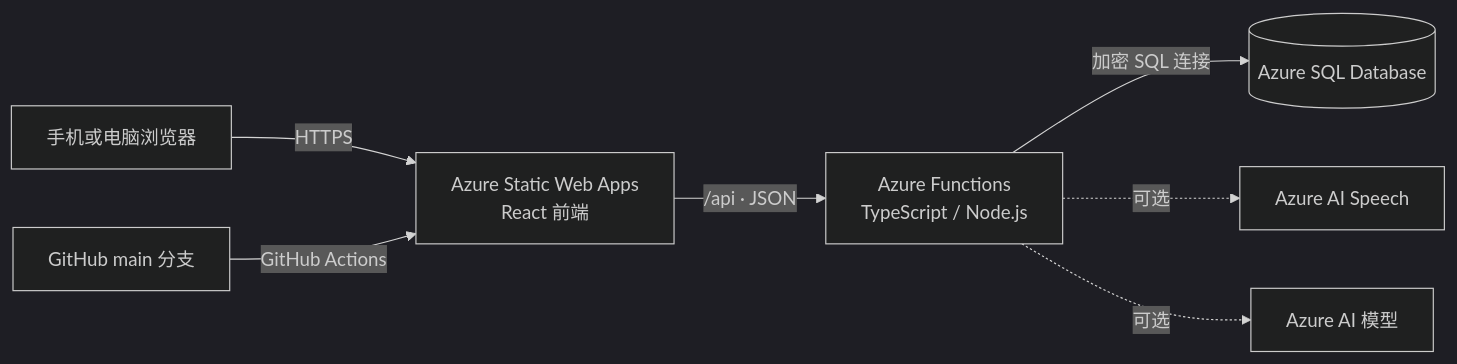
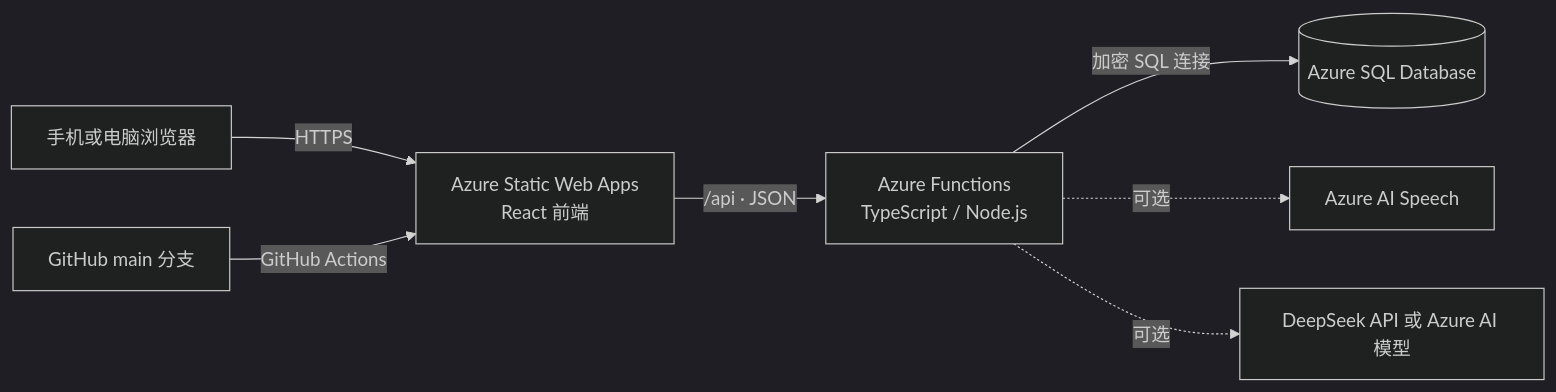
One commit to tintin-zheng/Lens-Workbench changed the diagram in README.md. Above: the diagram before and after it, drawn with Mermaid (dark theme). The commit also changed other lines of this file, not shown here.

````diff
--- a/README.md
+++ b/README.md
@@ -41,9 +41,9 @@
 ```mermaid
 flowchart LR
   A[手机或电脑浏览器] -->|HTTPS| B[Azure Static Web Apps<br/>React 前端]
   B -->|/api · JSON| C[Azure Functions<br/>TypeScript / Node.js]
   C -->|加密 SQL 连接| D[(Azure SQL Database)]
   C -.可选.-> F[Azure AI Speech]
-  C -.可选.-> G[Azure AI 模型]
+  C -.可选.-> G[DeepSeek API 或 Azure AI 模型]
   E[GitHub main 分支] -->|GitHub Actions| B
 ```
````
